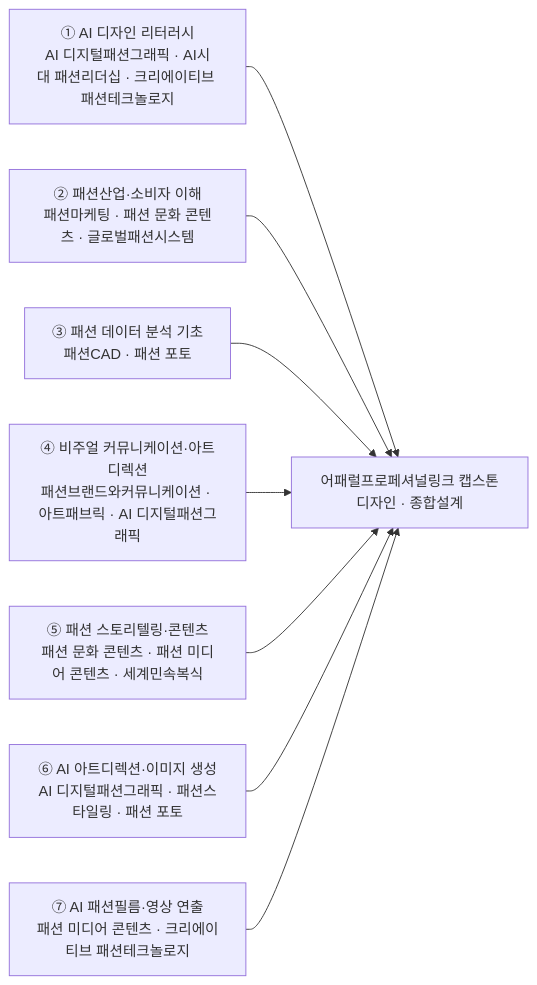
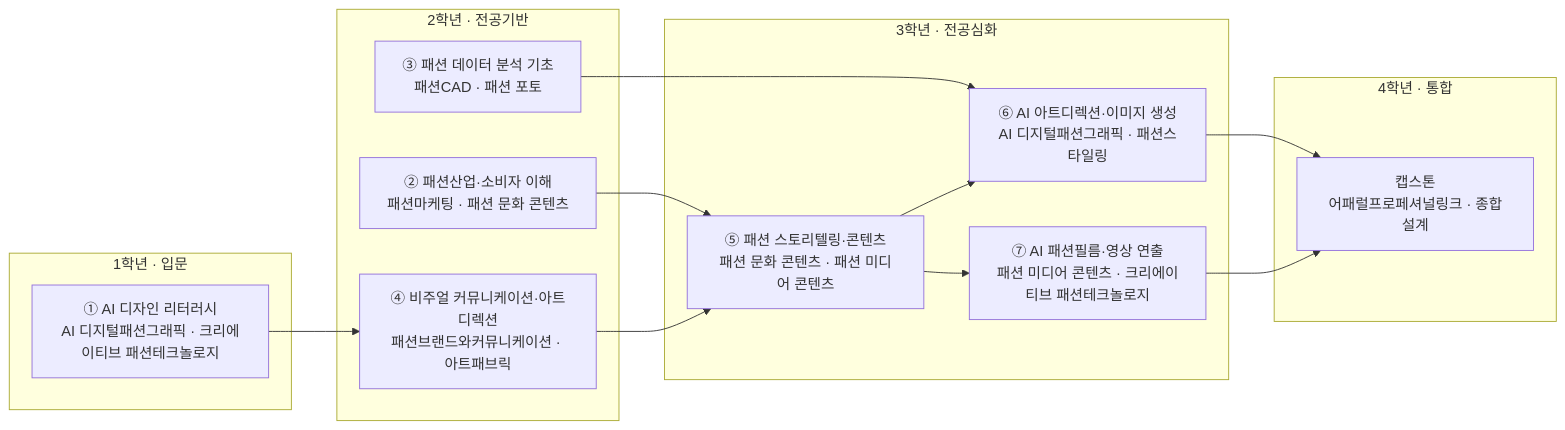
The diagram in docs/design/fashion-creative-direction.md (parclab-hsu/ai-curriculum-2026), drawn with Mermaid before and after one commit. The commit also changed other lines of this file and 22 other files, not shown here.

First line of the commit message:
모듈 다이어그램 강화 — 1~4학년 로드맵 + 모듈-역량 매핑 (23개 트랙)

````diff
--- a/docs/design/fashion-creative-direction.md
+++ b/docs/design/fashion-creative-direction.md
@@ -97,11 +97,27 @@
 ```mermaid
 flowchart LR
-  M1["① AI 디자인 리터러시<br/>AI 디지털패션그래픽 · AI시대 패션리더십 · 크리에이티브 패션테크놀로지"] --> CAP
-  M2["② 패션산업·소비자 이해<br/>패션마케팅 · 패션 문화 콘텐츠 · 글로벌패션시스템"] --> CAP
-  M3["③ 패션 데이터 분석 기초<br/>패션CAD · 패션 포토"] --> CAP
-  M4["④ 비주얼 커뮤니케이션·아트디렉션<br/>패션브랜드와커뮤니케이션 · 아트패브릭 · AI 디지털패션그래픽"] --> CAP
-  M5["⑤ 패션 스토리텔링·콘텐츠<br/>패션 문화 콘텐츠 · 패션 미디어 콘텐츠 · 세계민속복식"] --> CAP
-  M6["⑥ AI 아트디렉션·이미지 생성<br/>AI 디지털패션그래픽 · 패션스타일링 · 패션 포토"] --> CAP
-  M7["⑦ AI 패션필름·영상 연출<br/>패션 미디어 콘텐츠 · 크리에이티브 패션테크놀로지"] --> CAP
-  CAP["어패럴프로페셔널링크 캡스톤디자인 · 종합설계"]
+  subgraph Y1["1학년 · 입문"]
+    A0["① AI 디자인 리터러시<br/>AI 디지털패션그래픽 · 크리에이티브 패션테크놀로지"]
+  end
+  subgraph Y2["2학년 · 전공기반"]
+    M2["② 패션산업·소비자 이해<br/>패션마케팅 · 패션 문화 콘텐츠"]
+    M3["③ 패션 데이터 분석 기초<br/>패션CAD · 패션 포토"]
+    M4["④ 비주얼 커뮤니케이션·아트디렉션<br/>패션브랜드와커뮤니케이션 · 아트패브릭"]
+  end
+  subgraph Y3["3학년 · 전공심화"]
+    M5["⑤ 패션 스토리텔링·콘텐츠<br/>패션 문화 콘텐츠 · 패션 미디어 콘텐츠"]
+    M6["⑥ AI 아트디렉션·이미지 생성<br/>AI 디지털패션그래픽 · 패션스타일링"]
+    M7["⑦ AI 패션필름·영상 연출<br/>패션 미디어 콘텐츠 · 크리에이티브 패션테크놀로지"]
+  end
+  subgraph Y4["4학년 · 통합"]
+    CAP["캡스톤<br/>어패럴프로페셔널링크 · 종합설계"]
+  end
+  A0 --> M4
+  M2 --> M5
+  M3 --> M6
+  M4 --> M5
+  M5 --> M6
+  M5 --> M7
+  M6 --> CAP
+  M7 --> CAP
 ```
````
